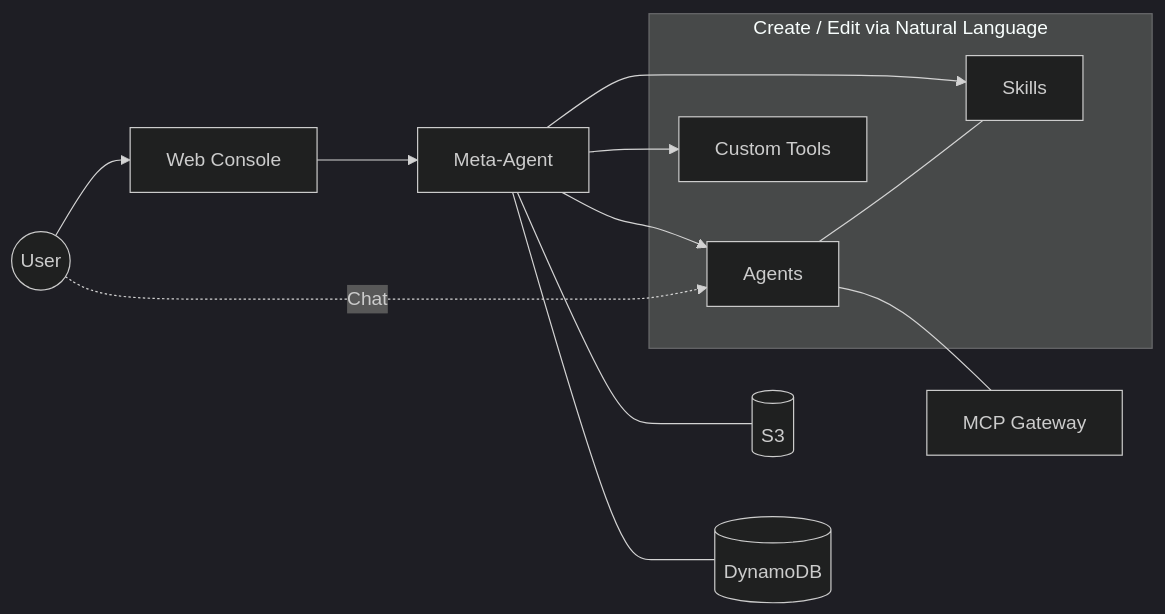
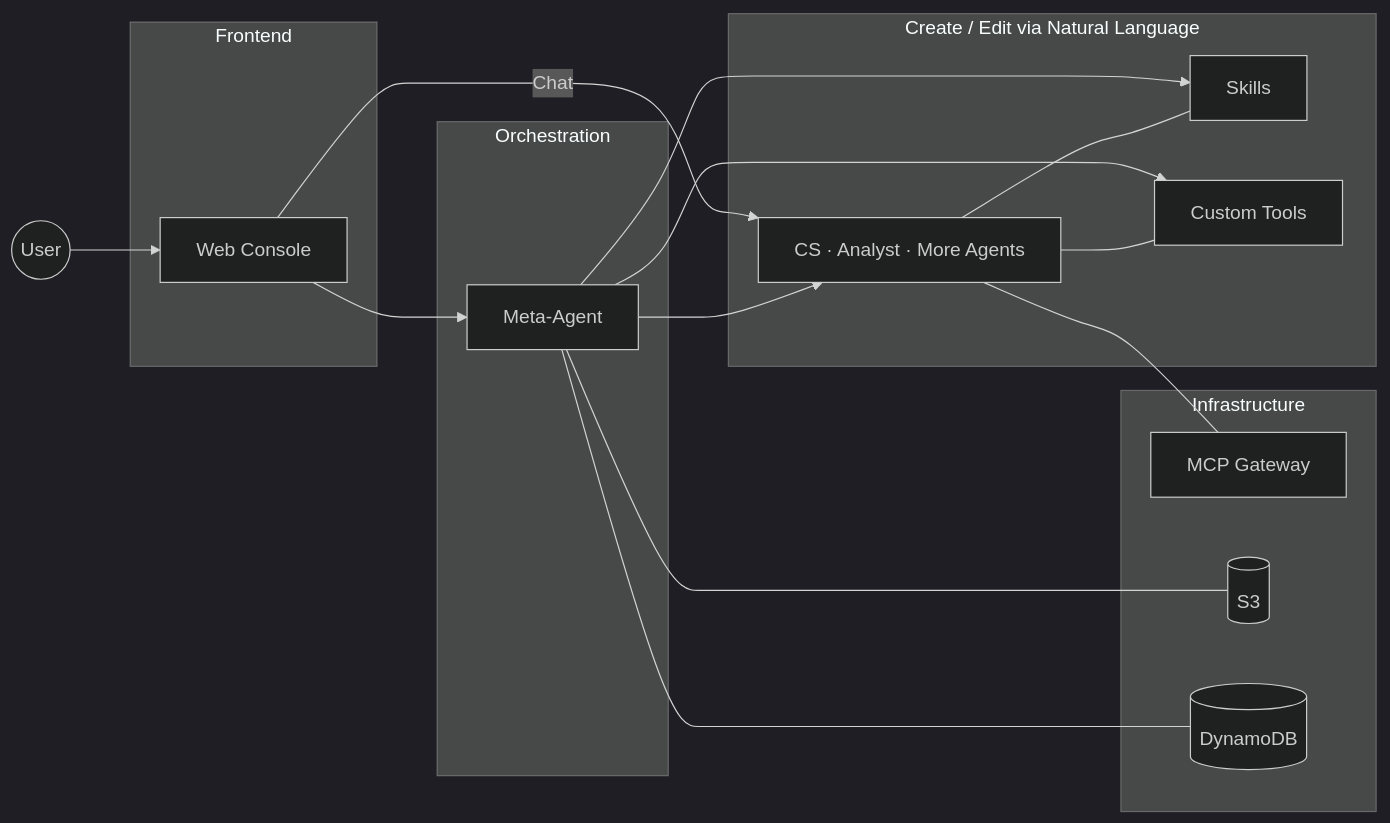
The second of 2 diagrams in README.md (ddpie/agent-studio), drawn with Mermaid (dark theme) before and after one commit. The commit also changed other lines of this file, not shown here.

Commit message:
Rewrite README: layered mermaid architecture, project structure, bilingual

````diff
--- a/README.md
+++ b/README.md
@@ -100,20 +111,31 @@
 ```mermaid
 graph LR
-    User((User)) --> FE[Web Console]
-    FE --> META[Meta-Agent]
+    User((User))
 
-    META --> Agents
-    META --> Skills
-    META --> Tools[Custom Tools]
+    subgraph Frontend
+        FE[Web Console]
+    end
+
+    subgraph Orchestration
+        META[Meta-Agent]
+    end
 
     subgraph Create / Edit via Natural Language
-        Agents[Agents]
+        Agents[CS · Analyst · More Agents]
         Skills[Skills]
-        Tools
+        Tools[Custom Tools]
     end
 
-    Agents --- MCP[MCP Gateway]
-    Agents --- Skills
-    META --- S3[(S3)] & DDB[(DynamoDB)]
-    User -.->|Chat| Agents
+    subgraph Infrastructure
+        MCP[MCP Gateway]
+        S3[(S3)]
+        DDB[(DynamoDB)]
+    end
+
+    User --> FE
+    FE --> META
+    FE -->|Chat| Agents
+    META --> Agents & Skills & Tools
+    Agents --- Skills & Tools & MCP
+    META --- S3 & DDB
 ```
````
